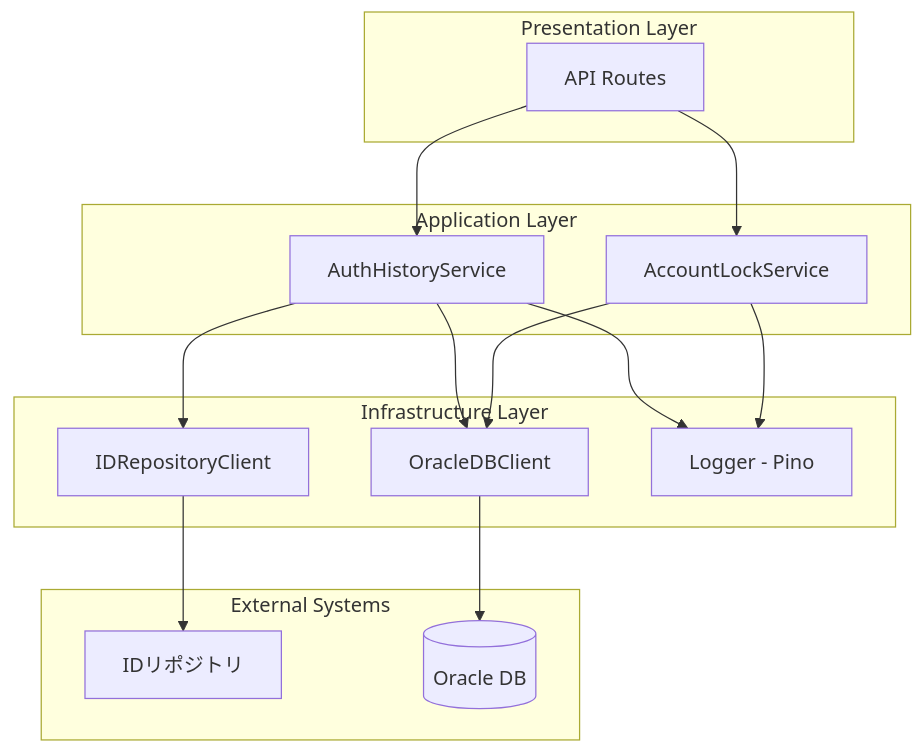
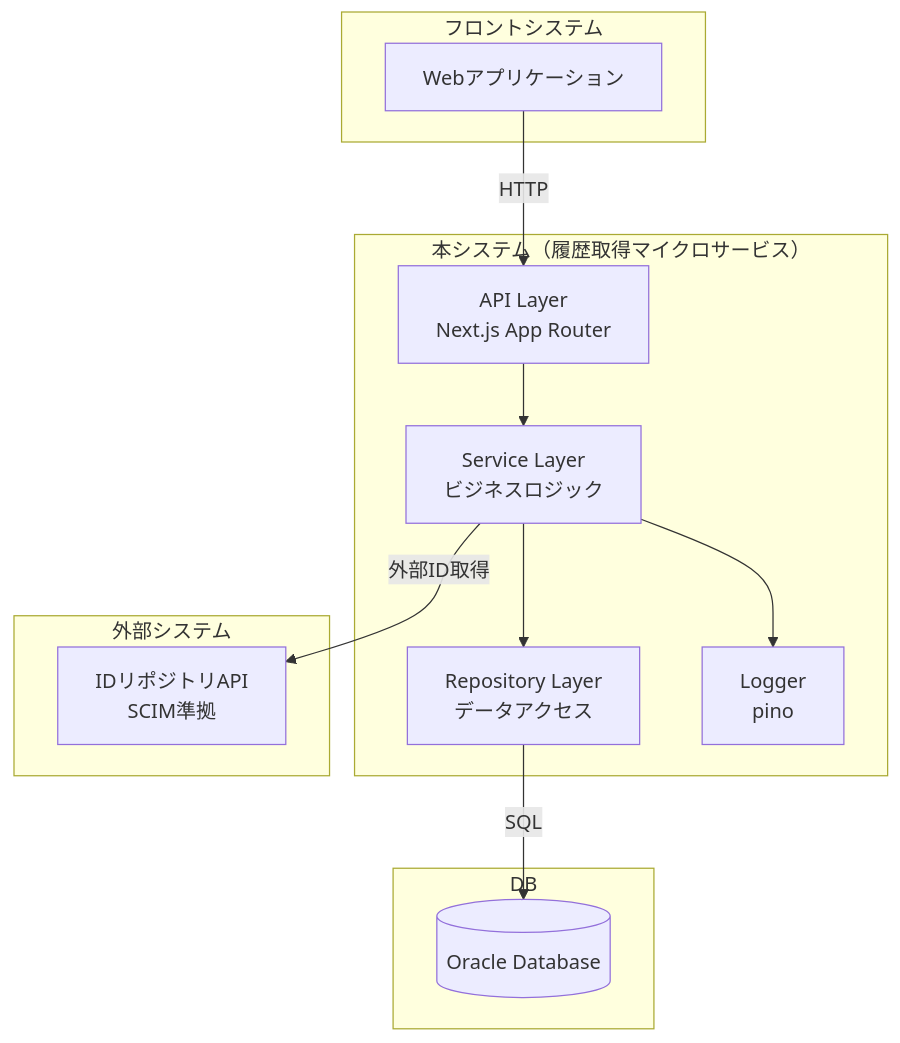
The second of 7 diagrams in docs/基本設計/基本設計書.md (Moriita/Documents), drawn with Mermaid before and after one commit. The commit also changed other lines of this file and 1 other file, not shown here.

````diff
--- a/docs/基本設計/基本設計書.md
+++ b/docs/基本設計/基本設計書.md
@@ -46,35 +40,28 @@
 ```mermaid
 graph TB
-    subgraph "Presentation Layer"
-        API[API Routes]
+    subgraph "フロントシステム"
+        FE[Webアプリケーション]
     end
     
-    subgraph "Application Layer"
-        AuthService[AuthHistoryService]
-        LockService[AccountLockService]
+    subgraph "本システム（履歴取得マイクロサービス）"
+        API[API Layer<br/>Next.js App Router]
+        Service[Service Layer<br/>ビジネスロジック]
+        Repo[Repository Layer<br/>データアクセス]
+        Logger[Logger<br/>pino]
     end
     
-    subgraph "Infrastructure Layer"
-        IDRepoClient[IDRepositoryClient]
-        DBClient[OracleDBClient]
-        Logger[Logger - Pino]
+    subgraph "外部システム"
+        IDRepo[IDリポジトリAPI<br/>SCIM準拠]
     end
     
-    subgraph "External Systems"
-        IDRepo[IDリポジトリ]
-        DB[(Oracle DB)]
+    subgraph "DB"
+        Oracle[(Oracle Database)]
     end
     
-    API --> AuthService
-    API --> LockService
-    
-    AuthService --> IDRepoClient
-    AuthService --> DBClient
-    LockService --> DBClient
-    
-    IDRepoClient --> IDRepo
-    DBClient --> DB
-    
-    AuthService --> Logger
-    LockService --> Logger
+    FE -->|HTTP| API
+    API --> Service
+    Service --> Repo
+    Service -->|外部ID取得| IDRepo
+    Repo -->|SQL| Oracle
+    Service --> Logger
 ```
````
